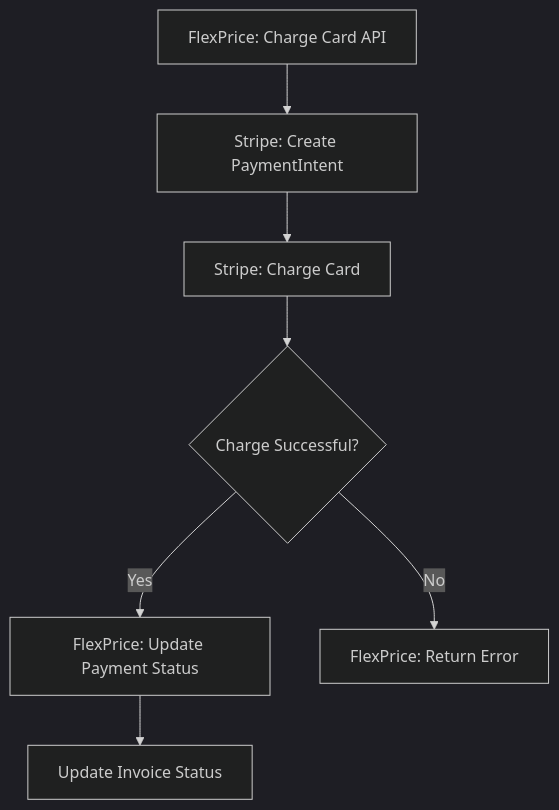
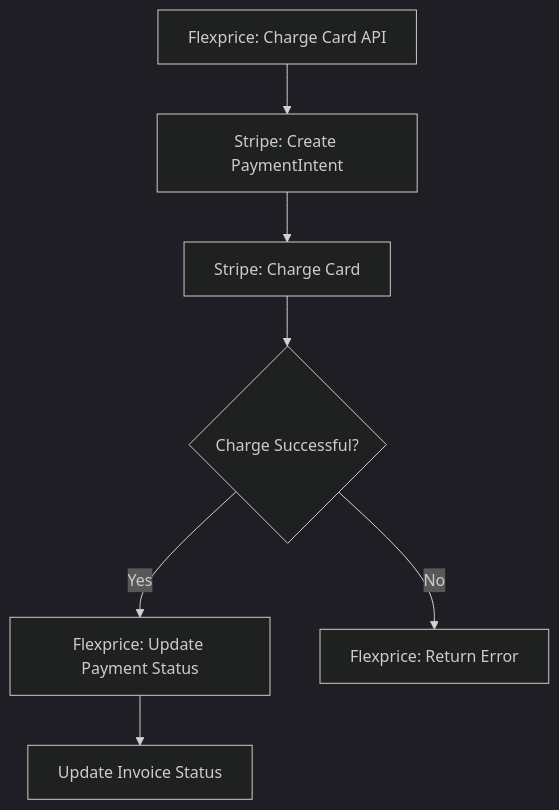
One commit to flexprice/flexprice-docs changed the fifth of 5 diagrams in integrations/stripe/invoice-sync.mdx. Above: the diagram before and after it, drawn with Mermaid (dark theme). The commit also changed other lines of this file and 12 other files, not shown here.

````diff
--- a/integrations/stripe/invoice-sync.mdx
+++ b/integrations/stripe/invoice-sync.mdx
@@ -142,9 +151,9 @@
 ```mermaid
 graph TD
-    A[FlexPrice: Charge Card API] --> B[Stripe: Create PaymentIntent]
+    A[Flexprice: Charge Card API] --> B[Stripe: Create PaymentIntent]
     B --> C[Stripe: Charge Card]
     C --> D{Charge Successful?}
-    D -->|Yes| E[FlexPrice: Update Payment Status]
-    D -->|No| F[FlexPrice: Return Error]
+    D -->|Yes| E[Flexprice: Update Payment Status]
+    D -->|No| F[Flexprice: Return Error]
     E --> G[Update Invoice Status]
 ```
````
